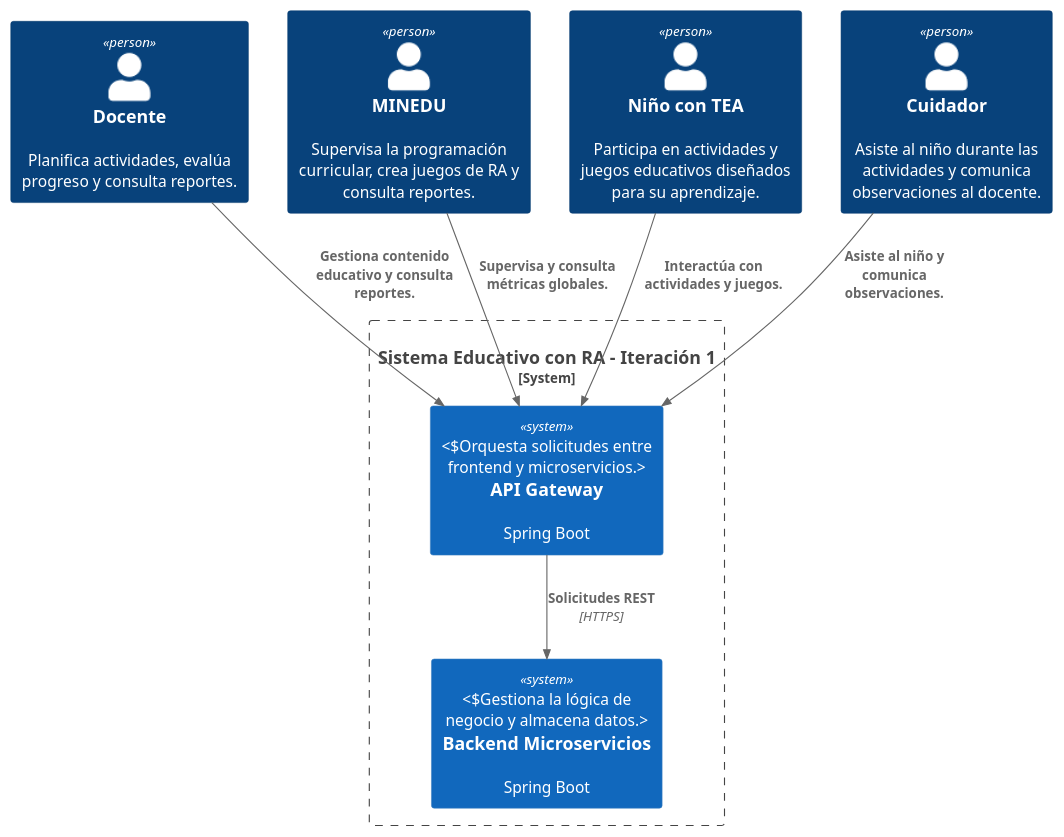
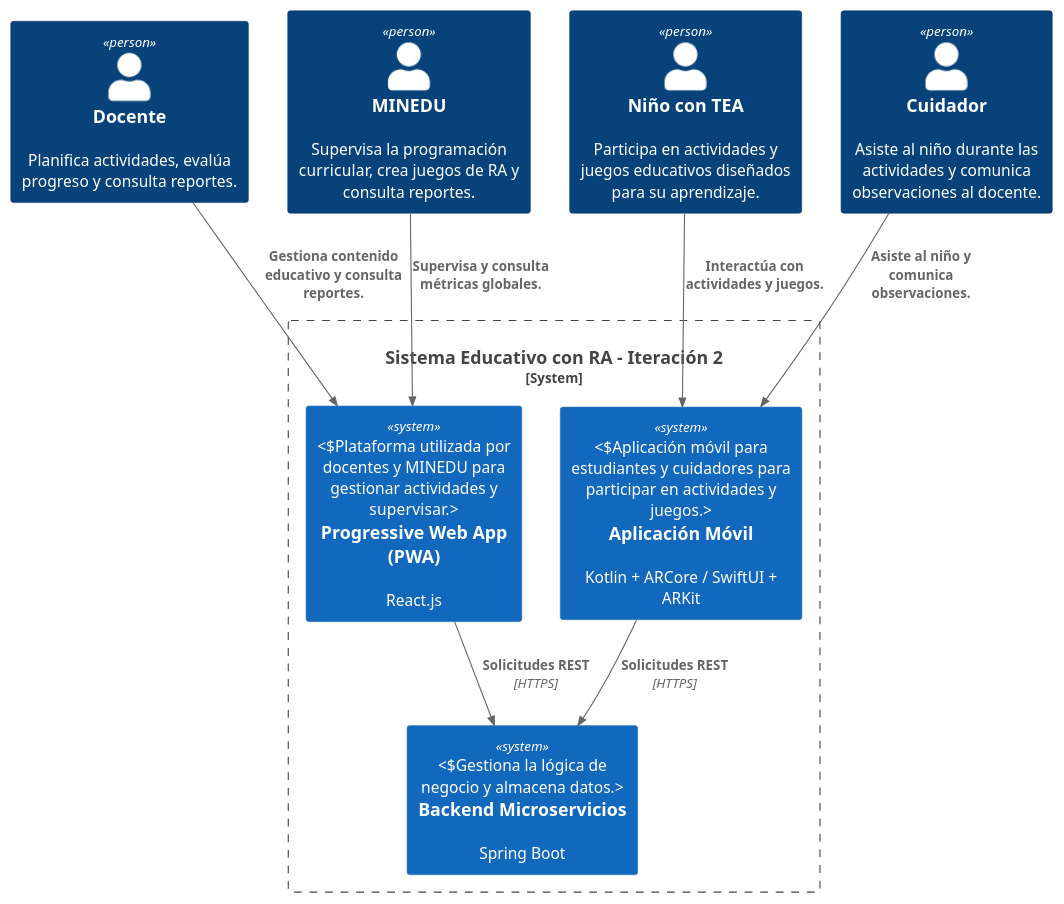
The diagram in contexto.puml (Arquitectura-de-Software-TEApprendo/TEApprendo-Diagramas), drawn with PlantUML before and after one commit. The commit also changed 1 other file, not shown here.

```diff
--- a/contexto.puml
+++ b/contexto.puml
@@ -1,21 +1,23 @@
 @startuml
 !include https://raw.githubusercontent.com/plantuml-stdlib/C4-PlantUML/master/C4_Context.puml
 
 Person(Docente, "Docente", "Planifica actividades, evalúa progreso y consulta reportes.")
 Person(Minedu, "MINEDU", "Supervisa la programación curricular, crea juegos de RA y consulta reportes.")
 Person(NinoTEA, "Niño con TEA", "Participa en actividades y juegos educativos diseñados para su aprendizaje.")
 Person(Cuidador, "Cuidador", "Asiste al niño durante las actividades y comunica observaciones al docente.")
 
-System_Boundary(Sistema, "Sistema Educativo con RA - Iteración 1") {
-    System(API_Gateway, "API Gateway", "Spring Boot", "Orquesta solicitudes entre frontend y microservicios.")
+System_Boundary(Sistema, "Sistema Educativo con RA - Iteración 2") {
+    System(PWA, "Progressive Web App (PWA)", "React.js", "Plataforma utilizada por docentes y MINEDU para gestionar actividades y supervisar.")
+    System(MobileApp, "Aplicación Móvil", "Kotlin + ARCore / SwiftUI + ARKit", "Aplicación móvil para estudiantes y cuidadores para participar en actividades y juegos.")
     System(Backend, "Backend Microservicios", "Spring Boot", "Gestiona la lógica de negocio y almacena datos.")
 }
 
-Rel(Docente, API_Gateway, "Gestiona contenido educativo y consulta reportes.")
-Rel(Minedu, API_Gateway, "Supervisa y consulta métricas globales.")
-Rel(NinoTEA, API_Gateway, "Interactúa con actividades y juegos.")
-Rel(Cuidador, API_Gateway, "Asiste al niño y comunica observaciones.")
+Rel(Docente, PWA, "Gestiona contenido educativo y consulta reportes.")
+Rel(Minedu, PWA, "Supervisa y consulta métricas globales.")
+Rel(NinoTEA, MobileApp, "Interactúa con actividades y juegos.")
+Rel(Cuidador, MobileApp, "Asiste al niño y comunica observaciones.")
 
-Rel(API_Gateway, Backend, "Solicitudes REST", "HTTPS")
+Rel(PWA, Backend, "Solicitudes REST", "HTTPS")
+Rel(MobileApp, Backend, "Solicitudes REST", "HTTPS")
 
 @enduml
```
